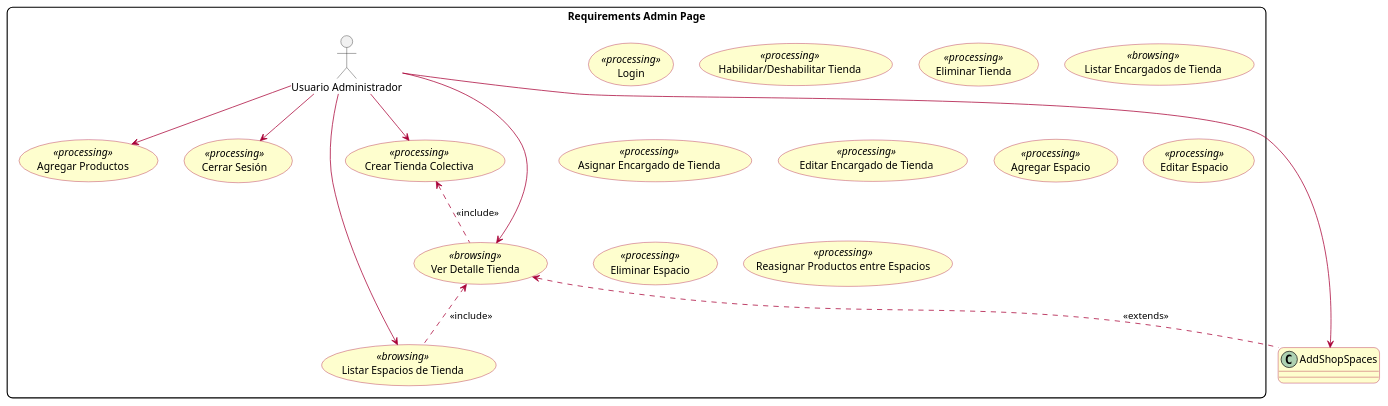
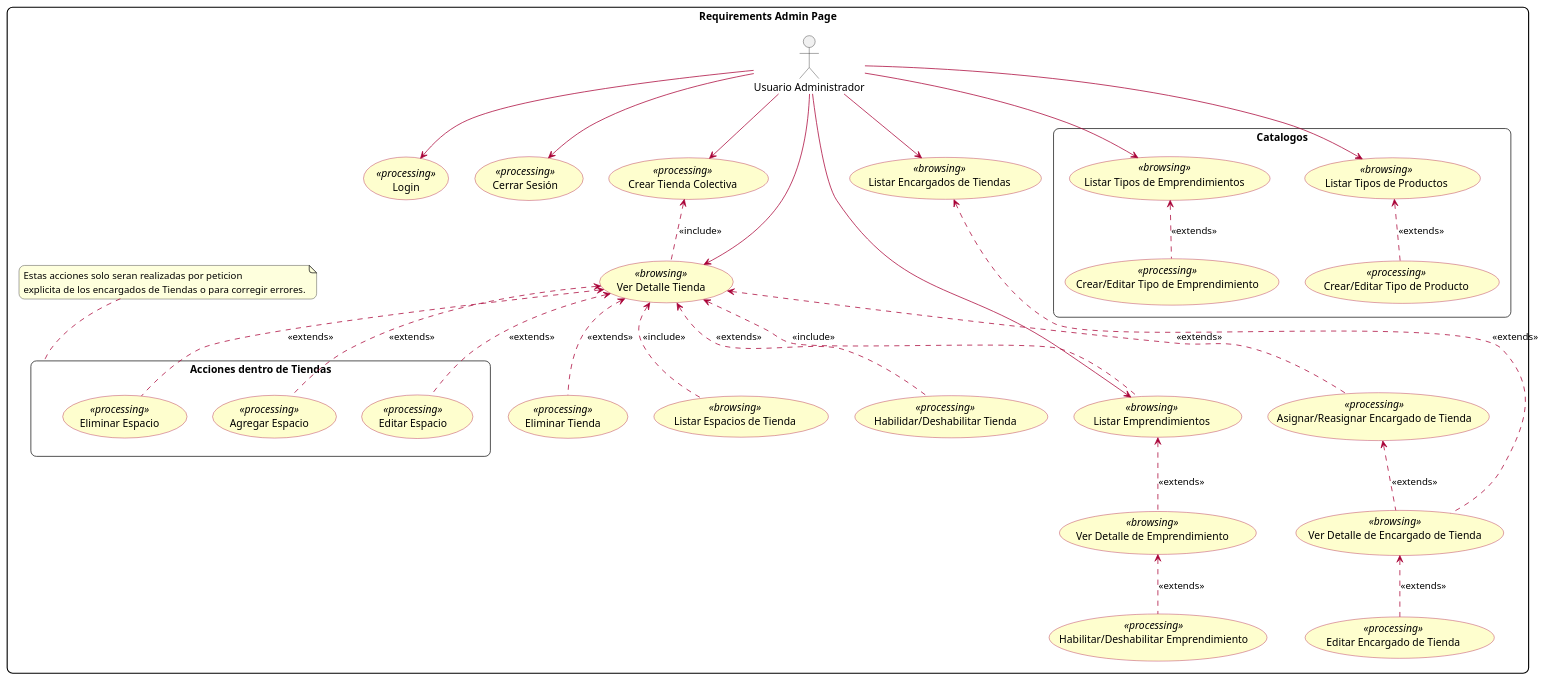
One commit to AinsleyJack/UWE-Tienda-Colectiva changed the diagram in Requirements Model/customer_user/UseCases/admin_user_usecases.puml. Above: the diagram before and after it, drawn with PlantUML.

Commit message:
docs: Final Admin user Use cases

```diff
--- a/Requirements Model/customer_user/UseCases/admin_user_usecases.puml
+++ b/Requirements Model/customer_user/UseCases/admin_user_usecases.puml
@@ -1,50 +1,88 @@
 @startuml adminPage_requirements
 allow_mixing
 
 skinparam shadow false
 skinparam packageStyle rectangle
 skinparam roundCorner 15
 skinparam class {
   BackgroundColor #FEFECE
   BorderColor #A80036
   ArrowColor #A80036
 }
 skinparam usecase {
   BackgroundColor #FEFECE
   BorderColor #A80036
   ArrowColor #A80036
 }
 
 package "Requirements Admin Page" {
   actor "Usuario Administrador" as Admin
 
   usecase "Login" as Login <<processing>>
+  usecase "Cerrar Sesión" as Logout <<processing>>
+
+  rectangle "Catalogos" {
+    usecase "Listar Tipos de Emprendimientos" as ListBusinessTypes <<browsing>>
+    usecase "Crear/Editar Tipo de Emprendimiento" as EditBusinessType <<processing>>
+    usecase "Listar Tipos de Productos" as ListProductTypes <<browsing>>
+    usecase "Crear/Editar Tipo de Producto" as EditProductType <<processing>>
+
+    ListBusinessTypes <.. EditBusinessType : <<extends>>
+    ListProductTypes <.. EditProductType : <<extends>>
+  }
+
   usecase "Crear Tienda Colectiva" as CreateShop <<processing>>
+  usecase "Listar Encargados de Tiendas" as ListShopManagers <<browsing>>
   usecase "Ver Detalle Tienda" as ViewShopDetail <<browsing>>
+  usecase "Listar Espacios de Tienda" as ViewShopSpaces <<browsing>>
+
   usecase "Habilidar/Deshabilitar Tienda" as ToggleShop <<processing>>
+  usecase "Ver Detalle de Encargado de Tienda" as ViewShopManagerDetail <<browsing>>
+  usecase "Editar Encargado de Tienda" as EditShopManager <<processing>>
+  usecase "Asignar/Reasignar Encargado de Tienda" as AssignShopManager <<processing>>
   usecase "Eliminar Tienda" as DeleteShop <<processing>>
-  usecase "Listar Encargados de Tienda" as ListShopManagers <<browsing>>
-  usecase "Asignar Encargado de Tienda" as AssignShopManager <<processing>>
-  usecase "Editar Encargado de Tienda" as EditShopManager <<processing>>
-  usecase "Listar Espacios de Tienda" as ViewShopSpaces <<browsing>>
-  usecase "Agregar Espacio" as AddShopSpace <<processing>>
-  usecase "Editar Espacio" as EditShopSpace <<processing>>
-  usecase "Eliminar Espacio" as DeleteShopSpace <<processing>>
-  usecase "Reasignar Productos entre Espacios" as ReassignProducts <<processing>>
-  usecase "Agregar Productos" as AddProduct <<processing>>
-  usecase "Cerrar Sesión" as Logout <<processing>>
+  usecase "Ver Detalle de Emprendimiento" as ViewShopEntrepreneurDetail <<browsing>>
+  usecase "Habilitar/Deshabilitar Emprendimiento" as ToggleEntrepreneur <<processing>>
+
+    rectangle "Acciones dentro de Tiendas" {
+      usecase "Agregar Espacio" as AddShopSpace <<processing>>
+      usecase "Editar Espacio" as EditShopSpace <<processing>>
+      usecase "Eliminar Espacio" as DeleteShopSpace <<processing>>
+    }
+  note top of "Acciones dentro de Tiendas"
+    Estas acciones solo seran realizadas por peticion
+    explicita de los encargados de Tiendas o para corregir errores.
+  end note
+
+  usecase "Listar Emprendimientos" as ViewShopEntrepreneurs <<browsing>>
+
+  Admin --> Login
+  Admin --> CreateShop
+  Admin --> Logout
+  Admin --> ViewShopDetail
+  Admin --> ViewShopEntrepreneurs
+  Admin --> ListShopManagers
+
+  CreateShop <.. ViewShopDetail : <<include>>
+  ViewShopDetail <.. ViewShopSpaces : <<include>>
+  ViewShopDetail <.. AddShopSpace : <<extends>>
+  ViewShopDetail <.. DeleteShopSpace : <<extends>>
+  ViewShopDetail <.. EditShopSpace : <<extends>>
+  ViewShopDetail <.. DeleteShop : <<extends>>
+  ViewShopDetail <.. ToggleShop : <<extends>>
+  ViewShopDetail <.. AssignShopManager : <<extends>>
+  ViewShopDetail <.. ViewShopEntrepreneurs : <<include>>
+  ViewShopEntrepreneurs <.. ViewShopEntrepreneurDetail : <<extends>>
+  ViewShopEntrepreneurDetail <.. ToggleEntrepreneur : <<extends>>
+  AssignShopManager <.. ViewShopManagerDetail : <<extends>>
+  ListShopManagers <.. ViewShopManagerDetail : <<extends>>
+  ViewShopManagerDetail <.. EditShopManager : <<extends>>
+
+  Admin --> ListBusinessTypes
+  Admin --> ListProductTypes
 }
 
 
-Admin --> CreateShop
-Admin --> AddProduct
-Admin --> Logout
-Admin --> ViewShopDetail
-Admin --> ViewShopSpaces
-Admin --> AddShopSpaces
 
-CreateShop <.. ViewShopDetail : <<include>>
-ViewShopDetail <.. ViewShopSpaces : <<include>>
-ViewShopDetail <.. AddShopSpaces : <<extends>>
 
 @enduml
```
